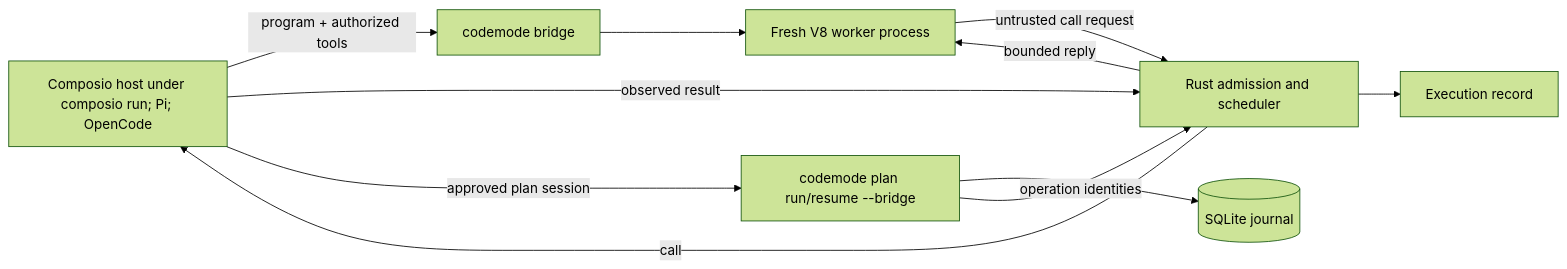
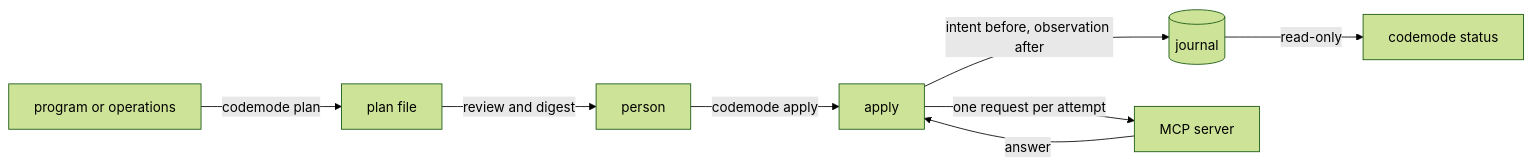
The diagram in docs/design.md (jkomyno/changelist), drawn with Mermaid (forest theme) before and after one commit. The commit also changed other lines of this file and 19 other files, not shown here.

````diff
--- a/docs/design.md
+++ b/docs/design.md
@@ -8,13 +9,10 @@
 ```mermaid
 flowchart LR
-    Host[Composio host under composio run; Pi; OpenCode] -->|program + authorized tools| Bridge[codemode bridge]
-    Bridge --> Worker[Fresh V8 worker process]
-    Worker -->|untrusted call request| Control[Rust admission and scheduler]
-    Control -->|call| Host
-    Host -->|observed result| Control
-    Control -->|bounded reply| Worker
-    Control --> Trace[Execution record]
-    Host -->|approved plan session| Plan[codemode plan run/resume --bridge]
-    Plan --> Journal[(SQLite journal)]
-    Plan -->|operation identities| Control
+    Source[program or operations] -->|codemode plan| Plan[plan file]
+    Plan -->|review and digest| Person[person]
+    Person -->|codemode apply| Apply[apply]
+    Apply -->|intent before, observation after| Journal[(journal)]
+    Apply -->|one request per attempt| Server[MCP server]
+    Server -->|answer| Apply
+    Journal -->|read-only| Status[codemode status]
 ```
````
